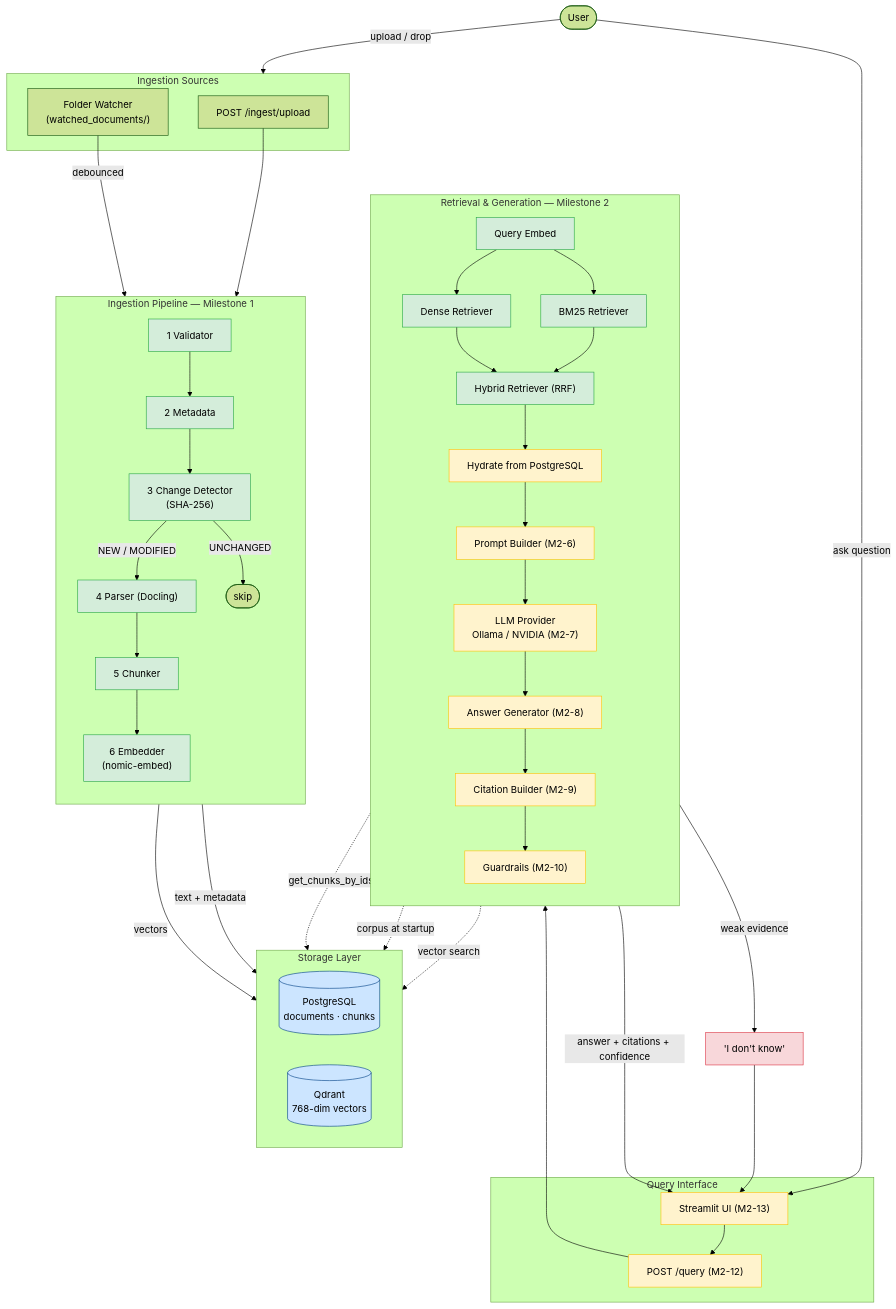
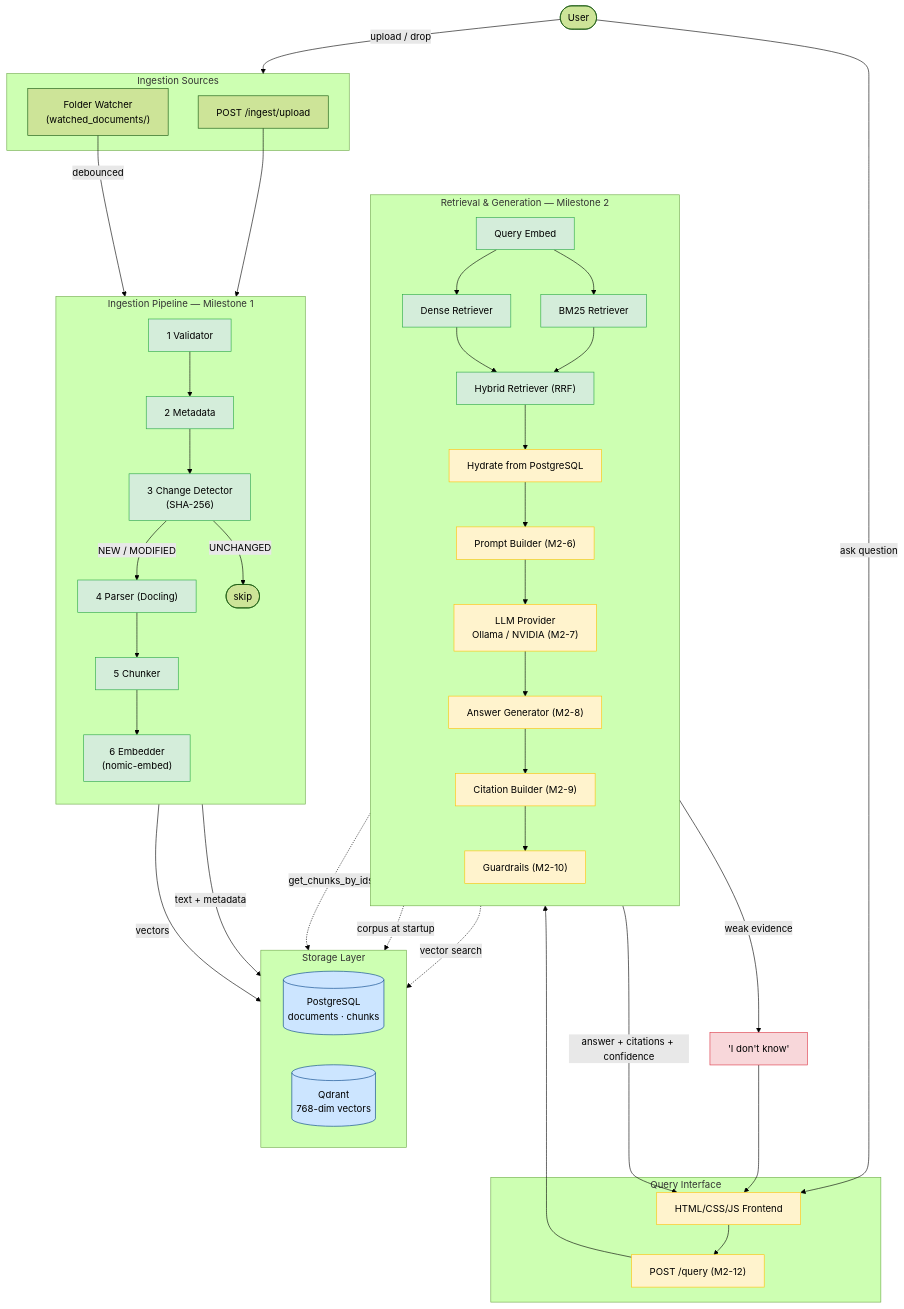
One commit to verdhanyash/AtlasIQ changed the diagram in README.md. Above: the diagram before and after it, drawn with Mermaid (forest theme). The commit also changed other lines of this file and 9 other files, not shown here.

First line of the commit message:
refactor: Remove Streamlit frontend completely

````diff
--- a/README.md
+++ b/README.md
@@ -85,68 +105,68 @@
 ```mermaid
 flowchart TB
     User([User])
 
     subgraph EntryPoints["Ingestion Sources"]
         UploadAPI["POST /ingest/upload"]
         FolderWatcher["Folder Watcher<br/>(watched_documents/)"]
     end
 
     subgraph QueryEntry["Query Interface"]
-        StreamlitUI["Streamlit UI (M2-13)"]
+        FrontendUI["HTML/CSS/JS Frontend"]
         QueryAPI["POST /query (M2-12)"]
     end
 
     User -->|upload / drop| EntryPoints
-    User -->|ask question| StreamlitUI --> QueryAPI
+    User -->|ask question| FrontendUI --> QueryAPI
 
     subgraph Ingestion["Ingestion Pipeline — Milestone 1"]
         direction TB
         Validator["1 Validator"] --> Metadata["2 Metadata"]
         Metadata --> ChangeDetect["3 Change Detector<br/>(SHA-256)"]
         ChangeDetect -->|NEW / MODIFIED| Parser["4 Parser (Docling)"]
         ChangeDetect -->|UNCHANGED| Skip([skip])
         Parser --> Chunker["5 Chunker"] --> Embedder["6 Embedder<br/>(nomic-embed)"]
     end
 
     UploadAPI --> Validator
     FolderWatcher -->|debounced| Validator
 
     subgraph Storage["Storage Layer"]
         direction LR
         PostgreSQL[("PostgreSQL<br/>documents · chunks")]
         Qdrant[("Qdrant<br/>768-dim vectors")]
     end
 
     Embedder -->|text + metadata| PostgreSQL
     Embedder -->|vectors| Qdrant
 
     subgraph Retrieval["Retrieval &amp; Generation — Milestone 2"]
         direction TB
         QEmbed["Query Embed"] --> Dense["Dense Retriever"] & BM25["BM25 Retriever"]
         Dense --> Hybrid["Hybrid Retriever (RRF)"]
         BM25 --> Hybrid
         Hybrid --> Hydrate["Hydrate from PostgreSQL"]
         Hydrate --> Prompt["Prompt Builder (M2-6)"]
         Prompt --> LLM["LLM Provider<br/>Ollama / NVIDIA (M2-7)"]
         LLM --> Gen["Answer Generator (M2-8)"]
         Gen --> Cite["Citation Builder (M2-9)"]
         Cite --> Guard["Guardrails (M2-10)"]
     end
 
     QueryAPI --> QEmbed
     Dense -.->|vector search| Qdrant
     BM25 -.->|corpus at startup| PostgreSQL
     Hydrate -.->|get_chunks_by_ids| PostgreSQL
-    Guard -->|answer + citations + confidence| StreamlitUI
-    Guard -->|weak evidence| Refusal["'I don't know'"] --> StreamlitUI
+    Guard -->|answer + citations + confidence| FrontendUI
+    Guard -->|weak evidence| Refusal["'I don't know'"] --> FrontendUI
 
     classDef done fill:#d4edda,stroke:#28a745,color:#000
     classDef wip fill:#fff3cd,stroke:#ffc107,color:#000
     classDef planned fill:#f8d7da,stroke:#dc3545,color:#000
     classDef store fill:#cce5ff,stroke:#004085,color:#000
 
     class Validator,Metadata,ChangeDetect,Parser,Chunker,Embedder,QEmbed,Dense,BM25,Hybrid done
-    class Hydrate,Prompt,LLM,Gen,Cite,Guard,QueryAPI,StreamlitUI wip
+    class Hydrate,Prompt,LLM,Gen,Cite,Guard,QueryAPI,FrontendUI wip
     class Refusal planned
     class PostgreSQL,Qdrant store
 ```
````
